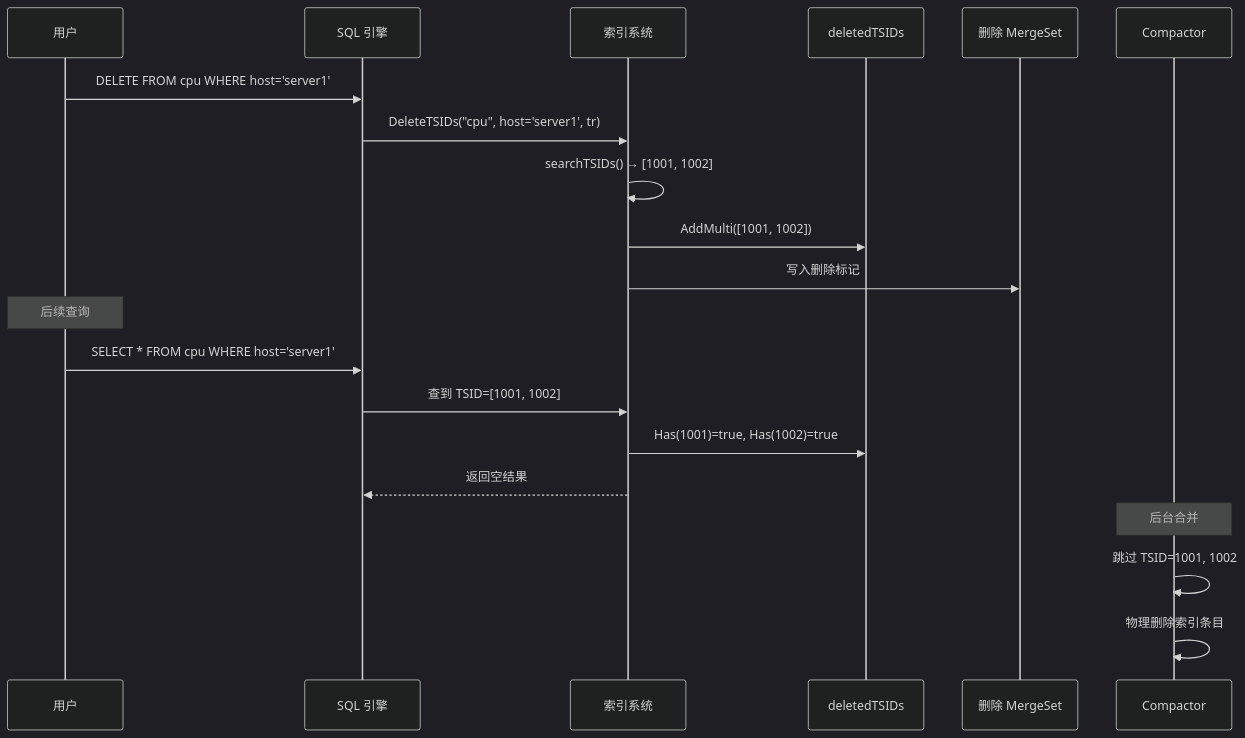
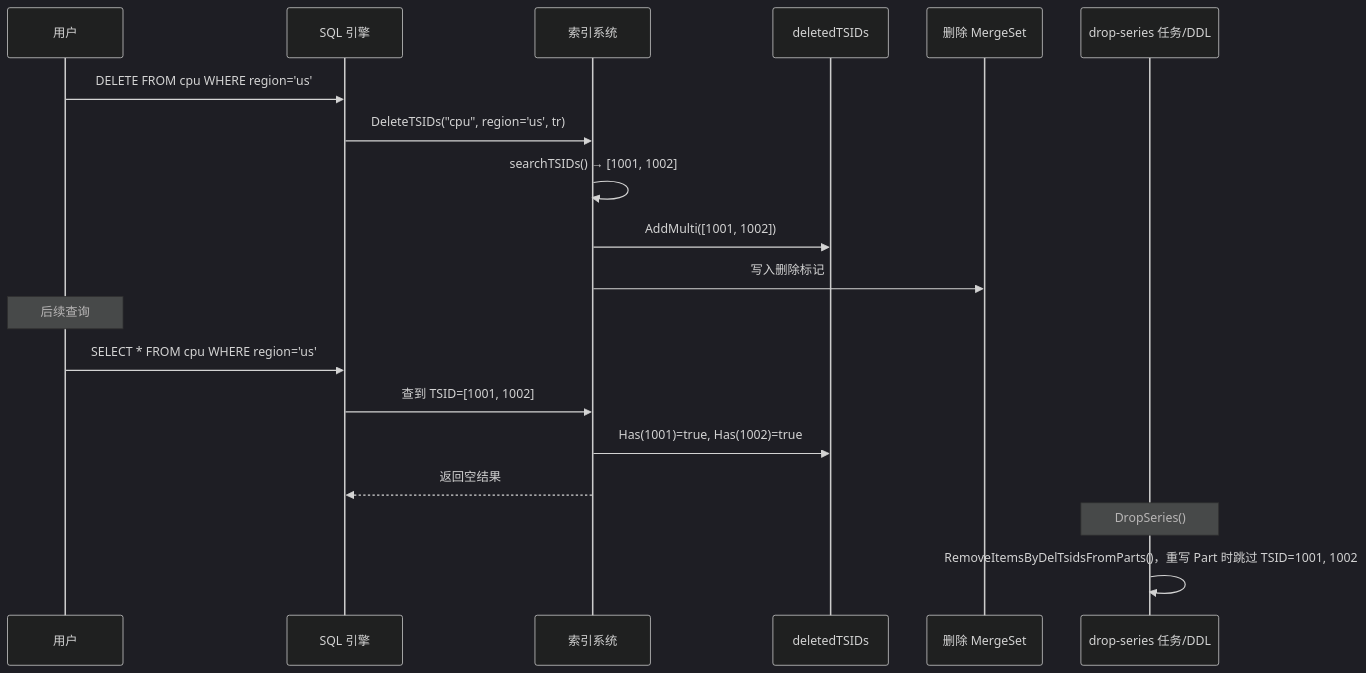
Before and after one commit to stefanv5/openGemini: diagram 35 of 47 in docs/specs/02_index_system_spec.md, drawn with Mermaid (dark theme). The commit also changed other lines of this file and 37 other files, not shown here.

````diff
--- a/docs/specs/02_index_system_spec.md
+++ b/docs/specs/02_index_system_spec.md
@@ -3135,25 +3230,24 @@
 ```mermaid
 sequenceDiagram
     participant User as 用户
     participant SQL as SQL 引擎
     participant Index as 索引系统
     participant Mem as deletedTSIDs
     participant Disk as 删除 MergeSet
-    participant Compact as Compactor
+    participant Drop as drop-series 任务/DDL
 
-    User->>SQL: DELETE FROM cpu WHERE host='server1'
-    SQL->>Index: DeleteTSIDs("cpu", host='server1', tr)
+    User->>SQL: DELETE FROM cpu WHERE region='us'
+    SQL->>Index: DeleteTSIDs("cpu", region='us', tr)
     Index->>Index: searchTSIDs() → [1001, 1002]
     Index->>Mem: AddMulti([1001, 1002])
     Index->>Disk: 写入删除标记
 
     Note over User: 后续查询
-    User->>SQL: SELECT * FROM cpu WHERE host='server1'
+    User->>SQL: SELECT * FROM cpu WHERE region='us'
     SQL->>Index: 查到 TSID=[1001, 1002]
     Index->>Mem: Has(1001)=true, Has(1002)=true
     Index-->>SQL: 返回空结果
 
-    Note over Compact: 后台合并
-    Compact->>Compact: 跳过 TSID=1001, 1002
-    Compact->>Compact: 物理删除索引条目
+    Note over Drop: DropSeries()
+    Drop->>Drop: RemoveItemsByDelTsidsFromParts()，重写 Part 时跳过 TSID=1001, 1002
 ```
````
